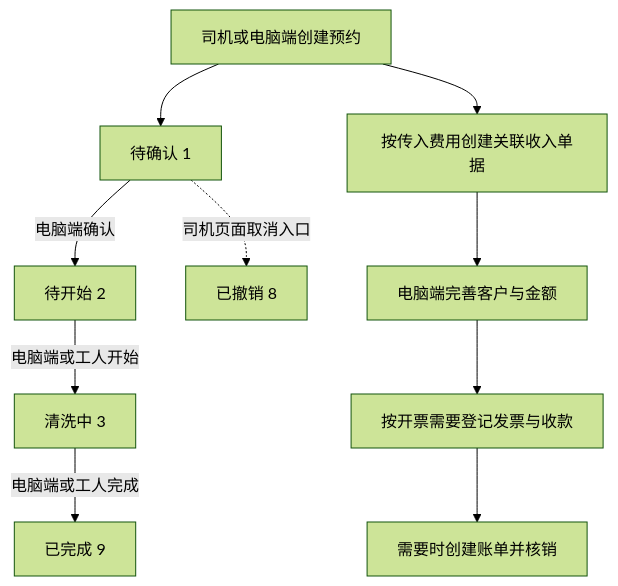
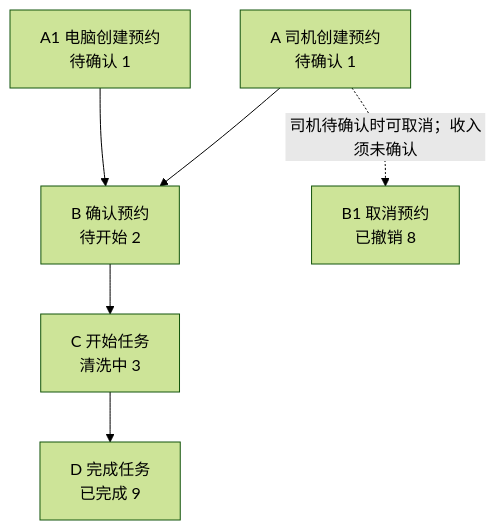
The first of 6 diagrams in skill-previews/code-module-feature-map/yard-tank-clean/developer-guide.md (mapanpan0802-ui/codexAi), drawn with Mermaid (forest theme) before and after one commit. The commit also changed other lines of this file and 5 other files, not shown here.

````diff
--- a/skill-previews/code-module-feature-map/yard-tank-clean/developer-guide.md
+++ b/skill-previews/code-module-feature-map/yard-tank-clean/developer-guide.md
@@ -38,12 +35,8 @@
 ```mermaid
 flowchart TD
-    A[司机或电脑端创建预约] --> B[待确认 1]
-    B -->|电脑端确认| C[待开始 2]
-    C -->|电脑端或工人开始| D[清洗中 3]
-    D -->|电脑端或工人完成| E[已完成 9]
-    B -.司机页面取消入口.-> X[已撤销 8]
-    A --> F[按传入费用创建关联收入单据]
-    F --> G[电脑端完善客户与金额]
-    G --> H[按开票需要登记发票与收款]
-    H --> I[需要时创建账单并核销]
+    A["A 司机创建预约<br/>待确认 1"] --> B["B 确认预约<br/>待开始 2"]
+    A1["A1 电脑创建预约<br/>待确认 1"] --> B
+    B --> C["C 开始任务<br/>清洗中 3"]
+    C --> D["D 完成任务<br/>已完成 9"]
+    A -. "司机待确认时可取消；收入须未确认" .-> B1["B1 取消预约<br/>已撤销 8"]
 ```
````
